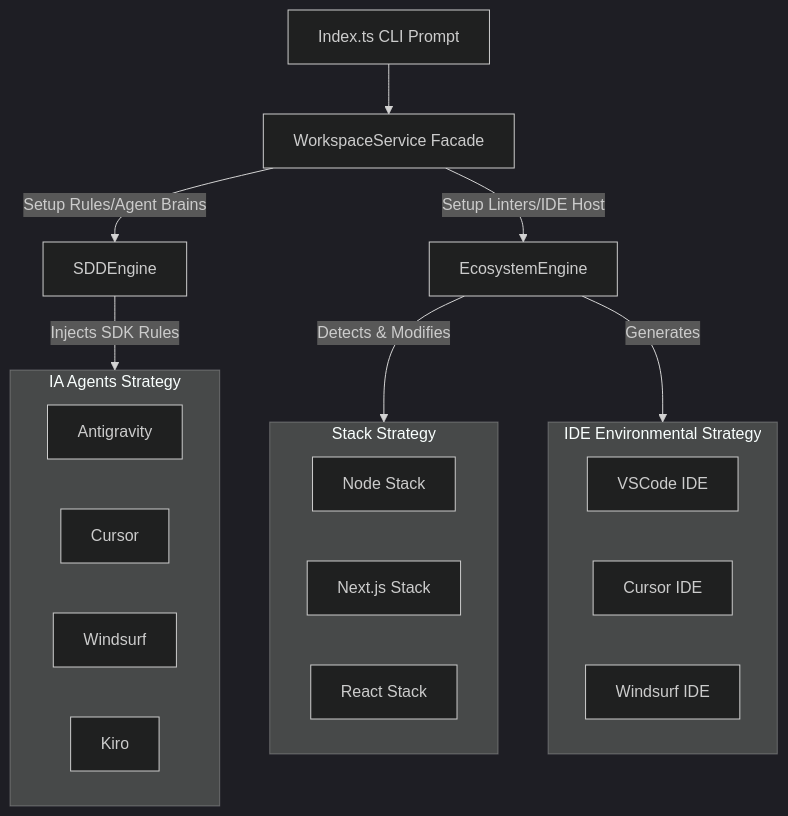
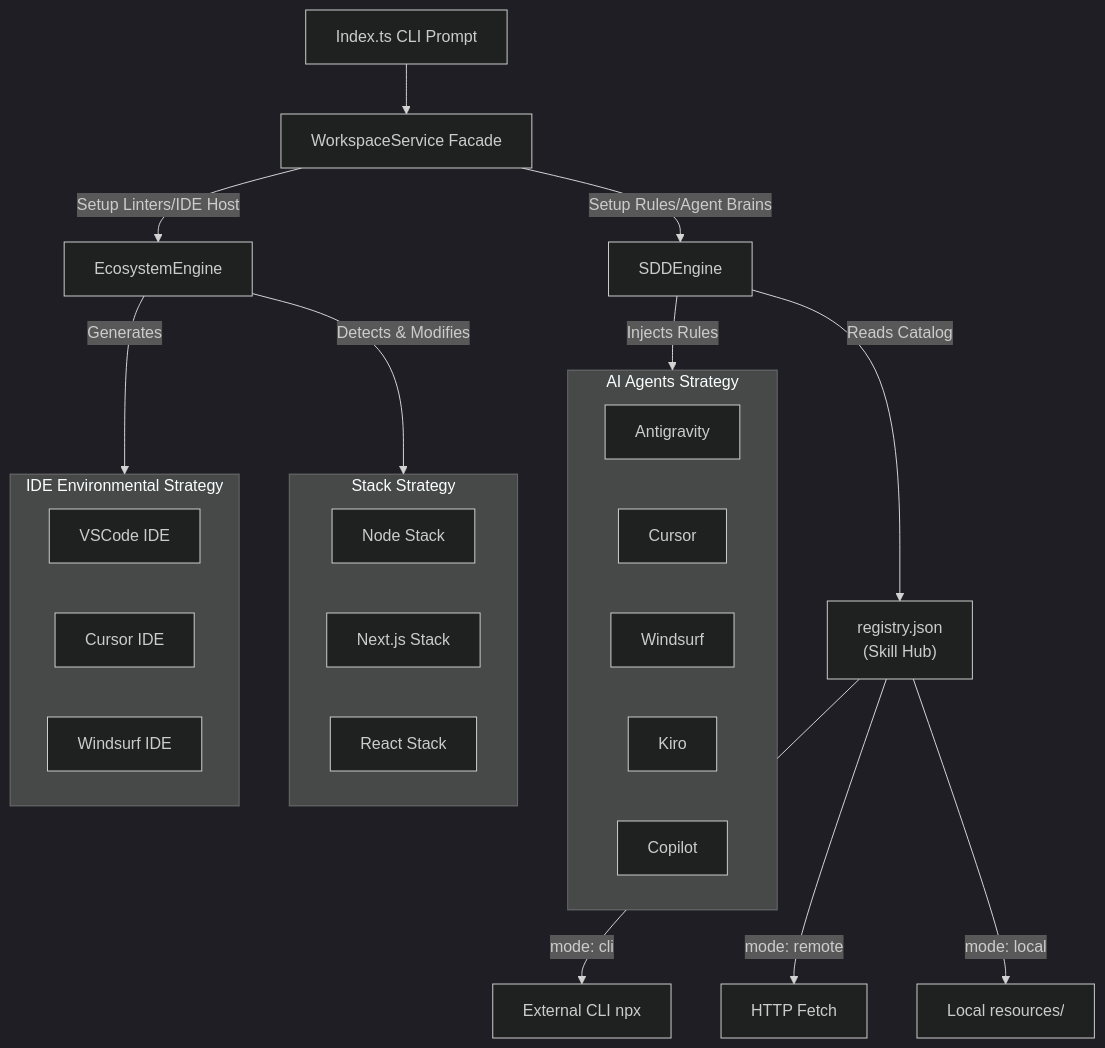
One commit to digitalelvis/sdd-workspace changed the diagram in CONTRIBUTING.md. Above: the diagram before and after it, drawn with Mermaid (dark theme). The commit also changed other lines of this file and 1 other file, not shown here.

Commit message:
docs: update CONTRIBUTING and AGENTS with resources/, registry.json and Skill Hub

````diff
--- a/CONTRIBUTING.md
+++ b/CONTRIBUTING.md
@@ -43,29 +43,35 @@
 ```mermaid
 graph TD
     CLI[Index.ts CLI Prompt] --> WS[WorkspaceService Facade]
     WS --> |Setup Rules/Agent Brains| SDD[SDDEngine]
     WS --> |Setup Linters/IDE Host| ECO[EcosystemEngine]
 
-    SDD --> |Injects SDK Rules| Agents[AgentProviders]
+    SDD --> |Reads Catalog| REG["registry.json\n(Skill Hub)"]
+    REG --> |mode: cli| CLI_EXT[External CLI npx]
+    REG --> |mode: remote| HTTP[HTTP Fetch]
+    REG --> |mode: local| LOCAL[Local resources/]
+
+    SDD --> |Injects Rules| Agents[AgentProviders]
     ECO --> |Detects & Modifies| Stacks[StackProviders]
     ECO --> |Generates| IDE[IdeProviders]
 
-    subgraph Agents [IA Agents Strategy]
+    subgraph Agents [AI Agents Strategy]
         A1[Antigravity]
         A2[Cursor]
         A3[Windsurf]
         A4[Kiro]
+        A5[Copilot]
     end
 
     subgraph Stacks [Stack Strategy]
         S1[Node Stack]
         S2[Next.js Stack]
         S3[React Stack]
     end
 
     subgraph IDE [IDE Environmental Strategy]
         I1[VSCode IDE]
         I2[Cursor IDE]
         I3[Windsurf IDE]
     end
 ```
````
